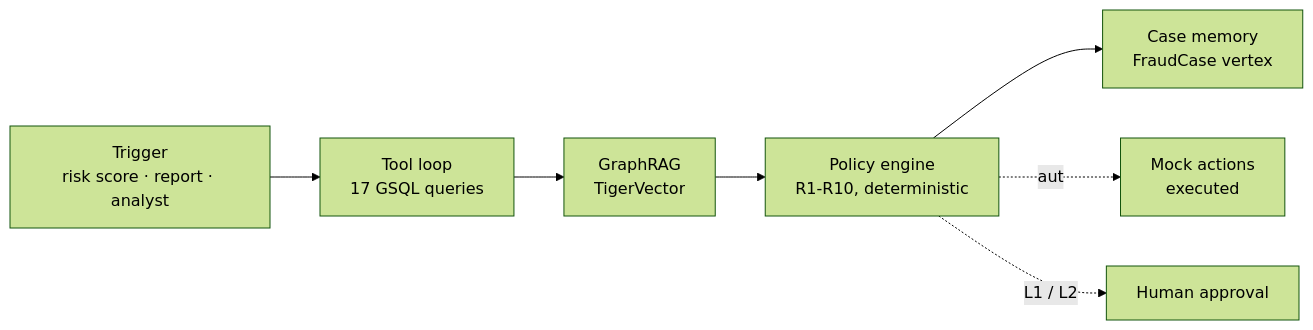
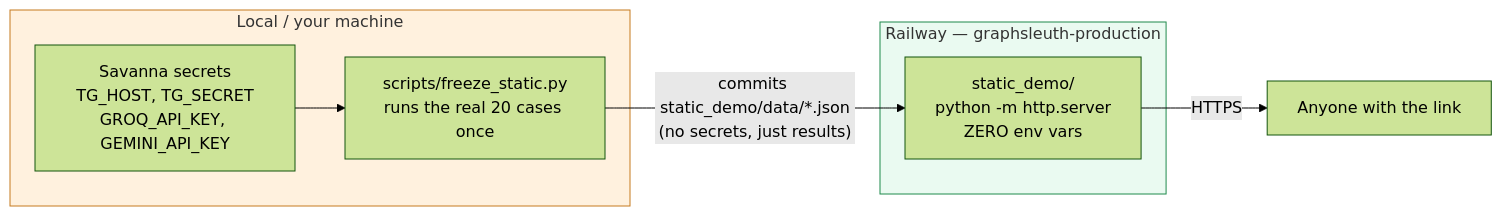
The fifth of 5 diagrams in README.md (neevmodh/graphsleuth), drawn with Mermaid (forest theme) before and after one commit. The commit also changed other lines of this file, not shown here.

````diff
--- a/README.md
+++ b/README.md
@@ -73,9 +298,16 @@
 ```mermaid
 flowchart LR
-    A["Trigger<br/>risk score · report · analyst"] --> B["Tool loop<br/>17 GSQL queries"]
-    B --> C["GraphRAG<br/>TigerVector"]
-    C --> D["Policy engine<br/>R1-R10, deterministic"]
-    D --> E["Case memory<br/>FraudCase vertex"]
-    D -.auto.-> F["Mock actions<br/>executed"]
-    D -.L1 / L2.-> G["Human approval"]
+    subgraph Local["Local / your machine"]
+        SEC["Savanna secrets<br/>TG_HOST, TG_SECRET<br/>GROQ_API_KEY, GEMINI_API_KEY"]
+        FZ["scripts/freeze_static.py<br/>runs the real 20 cases once"]
+        SEC --> FZ
+    end
+    subgraph Rail["Railway — graphsleuth-production"]
+        SD["static_demo/<br/>python -m http.server<br/>ZERO env vars"]
+    end
+    FZ -->|"commits static_demo/data/*.json<br/>(no secrets, just results)"| SD
+    SD -->|HTTPS| U["Anyone with the link"]
+
+    style Local fill:#fff1de,stroke:#c67a1e
+    style Rail fill:#eafaf1,stroke:#1f8a4c
 ```
````
